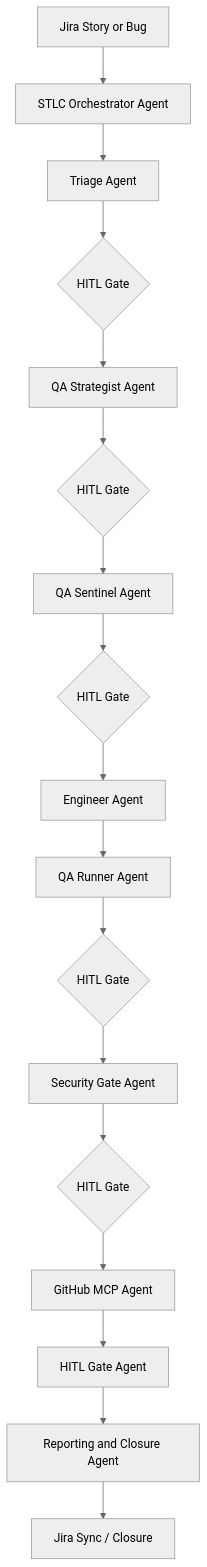
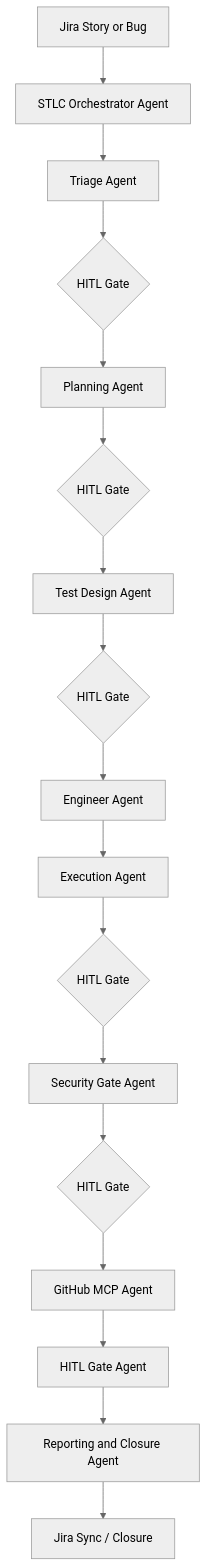
Before and after one commit to gayatridayz6/STLCPipeline: the diagram in stlc-pipeline/README.md, drawn with Mermaid (neutral theme). The commit also changed other lines of this file and 61 other files, not shown here.

````diff
--- a/stlc-pipeline/README.md
+++ b/stlc-pipeline/README.md
@@ -53,19 +53,19 @@
 ```mermaid
 flowchart TD
 	A[Jira Story or Bug] --> O[STLC Orchestrator Agent]
 	O --> S1[Triage Agent]
 	S1 --> G1{HITL Gate}
-	G1 --> S2[QA Strategist Agent]
+	G1 --> S2[Planning Agent]
 	S2 --> G2{HITL Gate}
-	G2 --> S3[QA Sentinel Agent]
+	G2 --> S3[Test Design Agent]
 	S3 --> G3{HITL Gate}
 	G3 --> S4A[Engineer Agent]
-	S4A --> S4B[QA Runner Agent]
+	S4A --> S4B[Execution Agent]
 	S4B --> G4{HITL Gate}
 	G4 --> S5[Security Gate Agent]
 	S5 --> G5{HITL Gate}
 	G5 --> S6[GitHub MCP Agent]
 	S6 --> S7[HITL Gate Agent]
 	S7 --> S8[Reporting and Closure Agent]
 	S8 --> J[Jira Sync / Closure]
 ```
````
